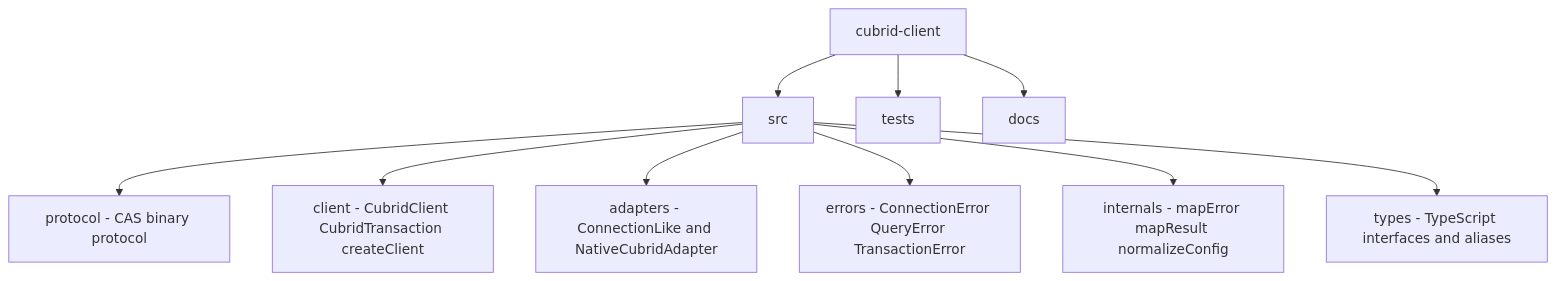
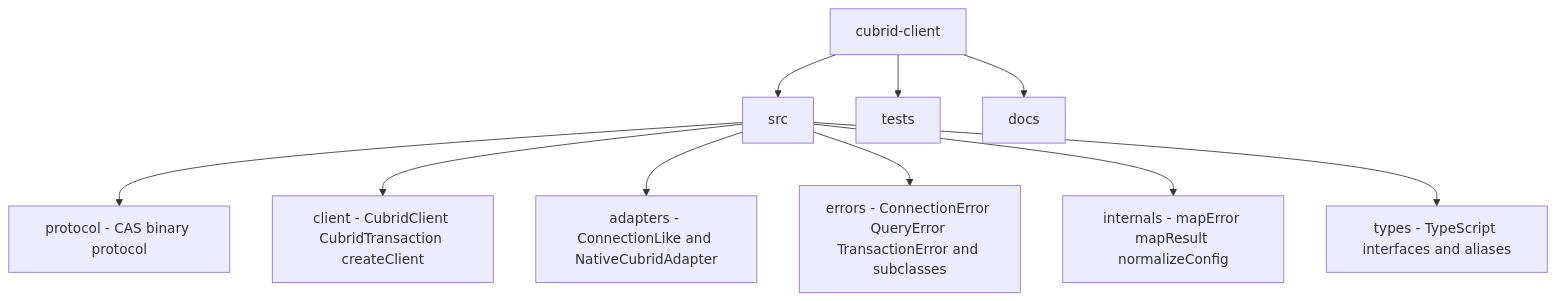
One commit to cubrid-lab/cubrid-client changed the fourth of 4 diagrams in README.md. Above: the diagram before and after it, drawn with Mermaid. The commit also changed other lines of this file and 22 other files, not shown here.

````diff
--- a/README.md
+++ b/README.md
@@ -363,12 +377,12 @@
 ```mermaid
 graph TD
     Root[cubrid-client] --> Src[src]
     Root --> Tests[tests]
     Root --> Docs[docs]
     Src --> Protocol[protocol - CAS binary protocol]
     Src --> ClientModule[client - CubridClient CubridTransaction createClient]
     Src --> Adapters[adapters - ConnectionLike and NativeCubridAdapter]
-    Src --> Errors[errors - ConnectionError QueryError TransactionError]
+    Src --> Errors[errors - ConnectionError QueryError TransactionError and subclasses]
     Src --> Internals[internals - mapError mapResult normalizeConfig]
     Src --> Types[types - TypeScript interfaces and aliases]
 ```
````
